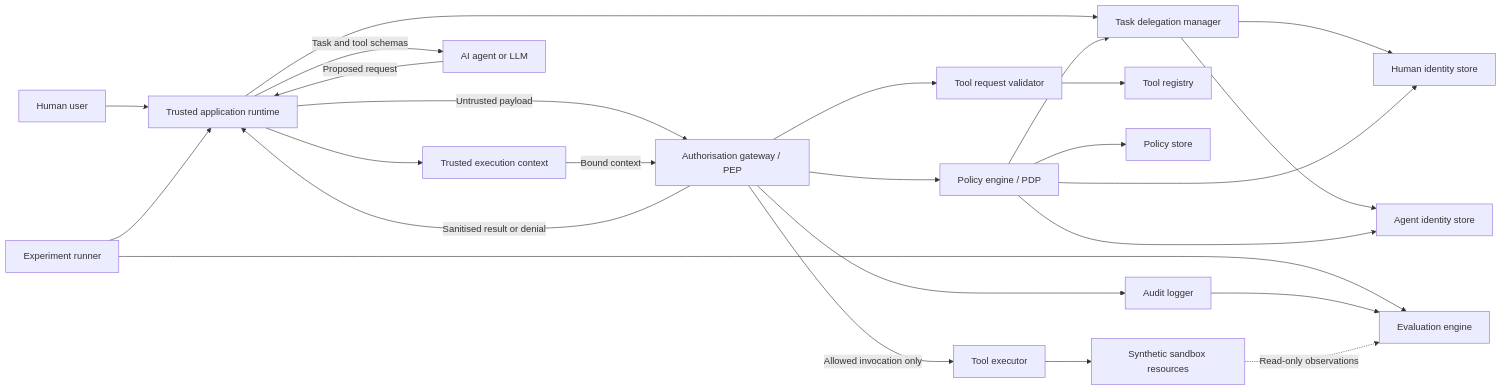
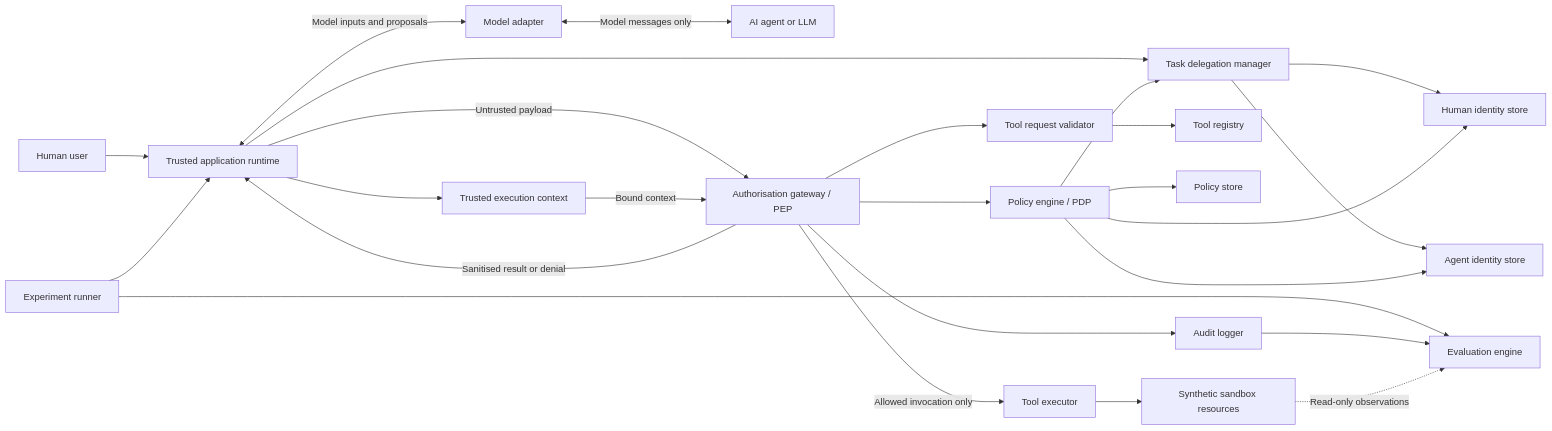
One commit to BerkeKoyuncu/AI-Agent-Authorisation changed the first of 5 diagrams in docs/system-design.md. Above: the diagram before and after it, drawn with Mermaid. The commit also changed other lines of this file and 5 other files, not shown here.

````diff
--- a/docs/system-design.md
+++ b/docs/system-design.md
@@ -44,27 +45,27 @@
 ```mermaid
 flowchart LR
     Human[Human user] --> Runtime[Trusted application runtime]
     Runner[Experiment runner] --> Runtime
     Runtime --> Delegation[Task delegation manager]
     Delegation --> Humans[Human identity store]
     Delegation --> Agents[Agent identity store]
     Runtime --> Context[Trusted execution context]
-    Runtime -->|Task and tool schemas| LLM[AI agent or LLM]
-    LLM -->|Proposed request| Runtime
+    Runtime <-->|Model inputs and proposals| Adapter[Model adapter]
+    Adapter <-->|Model messages only| LLM[AI agent or LLM]
     Runtime -->|Untrusted payload| Gateway[Authorisation gateway / PEP]
     Context -->|Bound context| Gateway
     Gateway --> Validator[Tool request validator]
     Validator --> Registry[Tool registry]
     Gateway --> PDP[Policy engine / PDP]
     PDP --> Policies[Policy store]
     PDP --> Humans
     PDP --> Agents
     PDP --> Delegation
     Gateway -->|Allowed invocation only| Executor[Tool executor]
     Executor --> Sandbox[Synthetic sandbox resources]
     Gateway -->|Sanitised result or denial| Runtime
     Gateway --> Audit[Audit logger]
     Runner --> Evaluator[Evaluation engine]
     Audit --> Evaluator
     Sandbox -.->|Read-only observations| Evaluator
 ```
````
